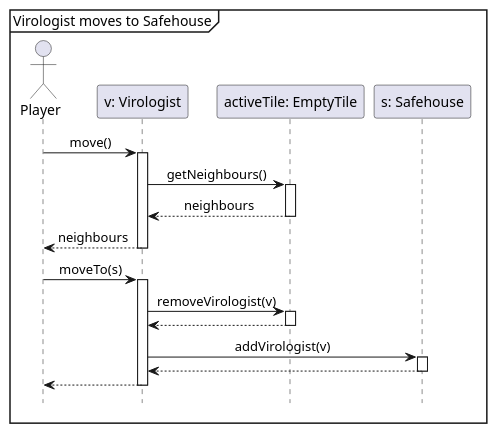
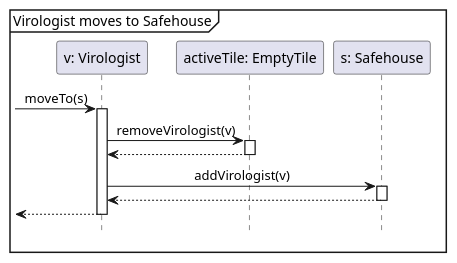
One commit to Tschonti/503-service-unavailable changed the diagram in docs/testCases/sequences/moveToSafehouse.puml. Above: the diagram before and after it, drawn with PlantUML. The commit also changed 3 other files, not shown here.

Commit message:
sequence diagram fixes

```diff
--- a/docs/testCases/sequences/moveToSafehouse.puml
+++ b/docs/testCases/sequences/moveToSafehouse.puml
@@ -1,24 +1,18 @@
 @startuml
 'https://plantuml.com/sequence-diagram
 hide footbox
 skinparam sequenceMessageAlign center
 
 mainframe Virologist moves to Safehouse
 
-actor Player as p
 participant "v: Virologist" as v
 participant "activeTile: EmptyTile" as t1
 participant "s: Safehouse" as s
 
-p -> v++ : move()
-    v -> t1 ++ : getNeighbours()
-    return neighbours
-return neighbours
-
-p -> v ++: moveTo(s)
+-> v ++: moveTo(s)
     v -> t1 ++ : removeVirologist(v)
     return
     v -> s ++ : addVirologist(v)
     return
 return
 @enduml
```
